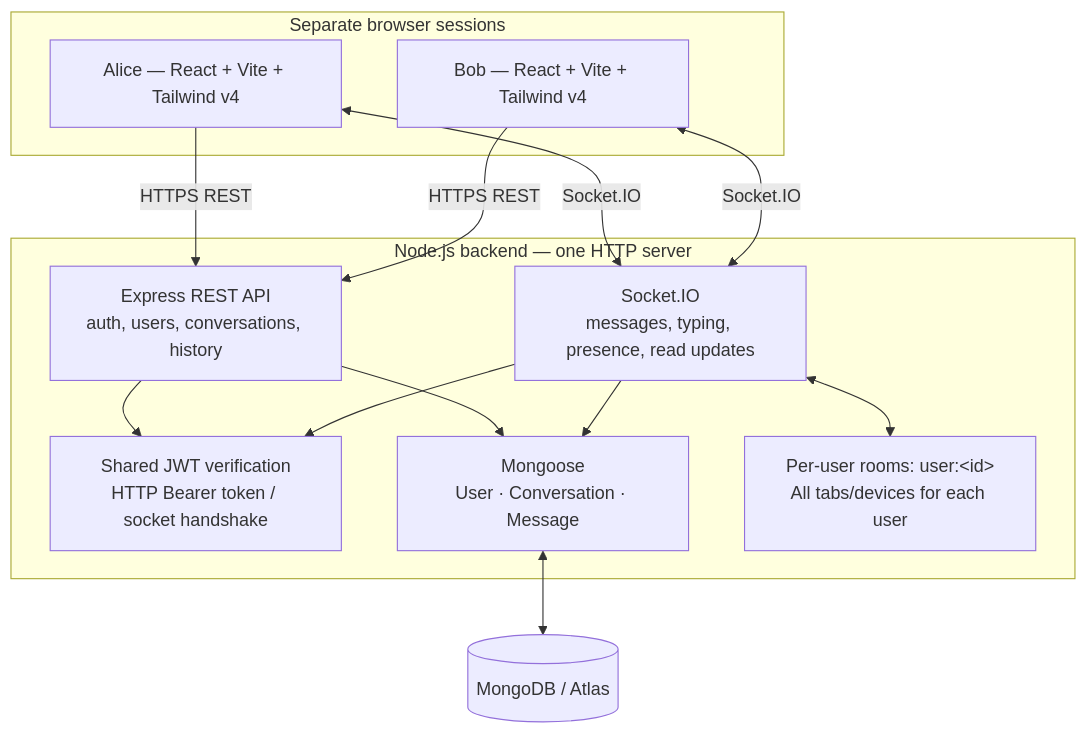
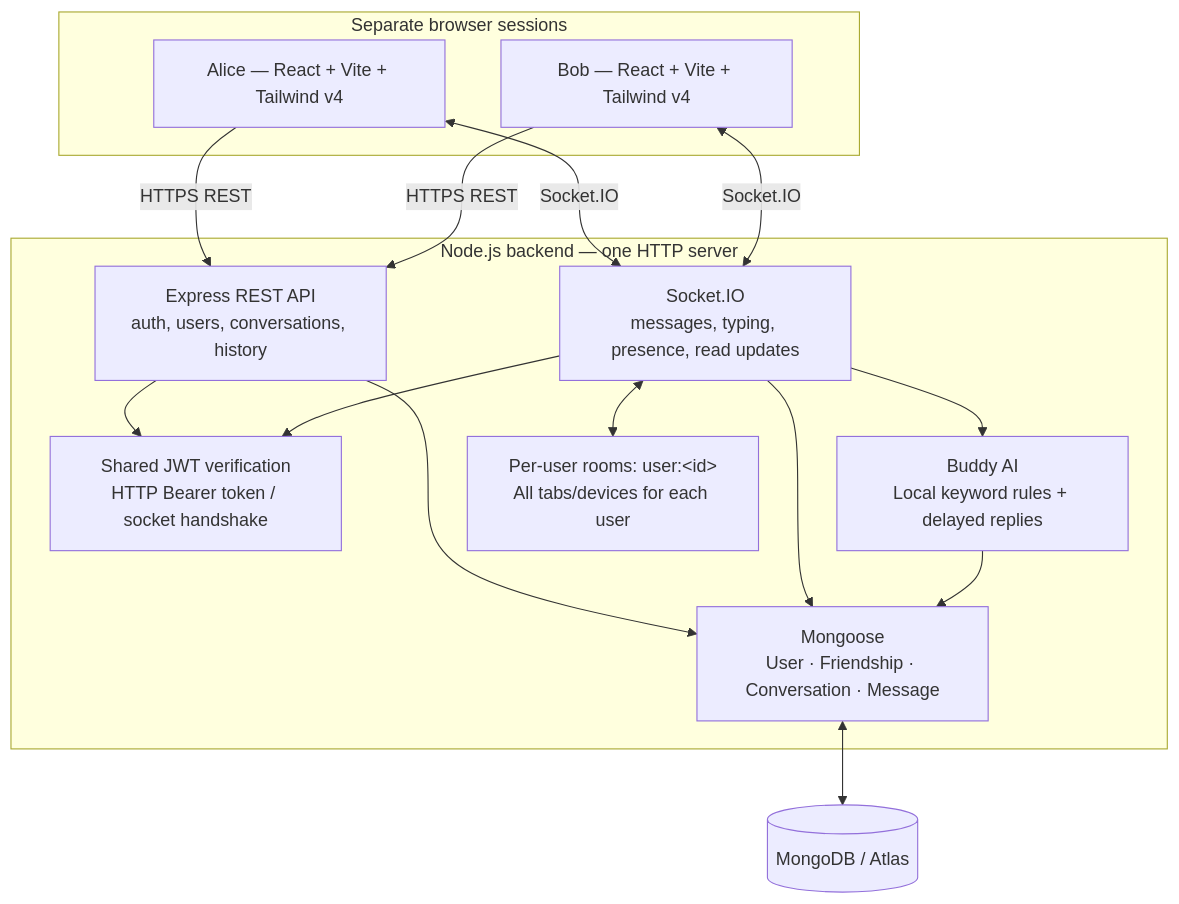
One commit to AryanRaj7SST/chit-chat changed the first of 2 diagrams in docs/ARCHITECTURE.md. Above: the diagram before and after it, drawn with Mermaid. The commit also changed other lines of this file and 27 other files, not shown here.

````diff
--- a/docs/ARCHITECTURE.md
+++ b/docs/ARCHITECTURE.md
@@ -7,25 +7,28 @@
 ```mermaid
 flowchart TB
   subgraph Browsers[Separate browser sessions]
     A["Alice — React + Vite + Tailwind v4"]
     B["Bob — React + Vite + Tailwind v4"]
   end
   subgraph Backend["Node.js backend — one HTTP server"]
     REST["Express REST API\nauth, users, conversations, history"]
     SOCKET["Socket.IO\nmessages, typing, presence, read updates"]
     AUTH["Shared JWT verification\nHTTP Bearer token / socket handshake"]
-    MODELS["Mongoose\nUser · Conversation · Message"]
+    MODELS["Mongoose\nUser · Friendship · Conversation · Message"]
+    BUDDY["Buddy AI\nLocal keyword rules + delayed replies"]
     ROOMS["Per-user rooms: user:&lt;id&gt;\nAll tabs/devices for each user"]
   end
   DB[(MongoDB / Atlas)]
   A -->|HTTPS REST| REST
   B -->|HTTPS REST| REST
   A <-->|Socket.IO| SOCKET
   B <-->|Socket.IO| SOCKET
   REST --> AUTH
   SOCKET --> AUTH
   REST --> MODELS
   SOCKET --> MODELS
+  SOCKET --> BUDDY
+  BUDDY --> MODELS
   MODELS <--> DB
   SOCKET <--> ROOMS
 ```
````
